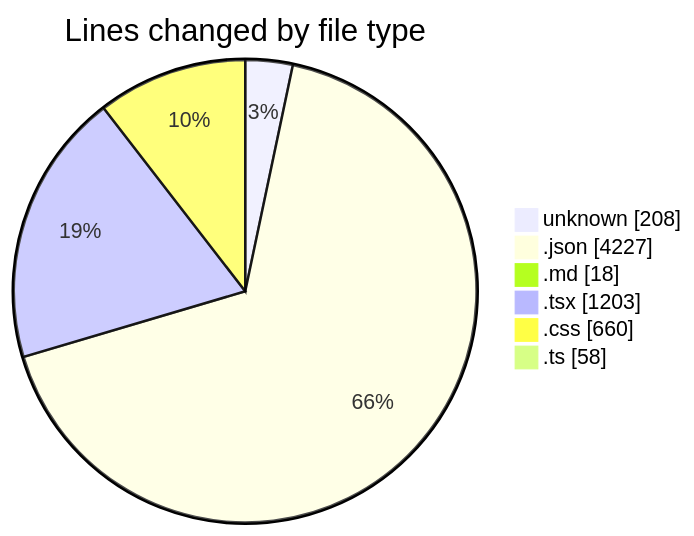
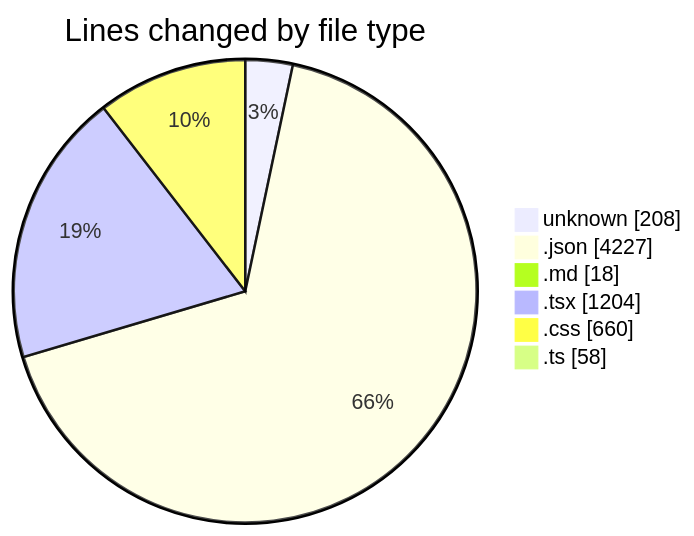
Before and after one commit to EIIisD/code-tracking: the first of 2 diagrams in 2025-08-07/ribbon/README.md, drawn with Mermaid. The commit also changed other lines of this file and 1 other file, not shown here.

````diff
--- a/2025-08-07/ribbon/README.md
+++ b/2025-08-07/ribbon/README.md
@@ -36,10 +36,10 @@
 ```mermaid
 pie showData
 title Lines changed by file type
 "unknown" : 208
 ".json" : 4227
 ".md" : 18
-".tsx" : 1203
+".tsx" : 1204
 ".css" : 660
 ".ts" : 58
 ```
````
